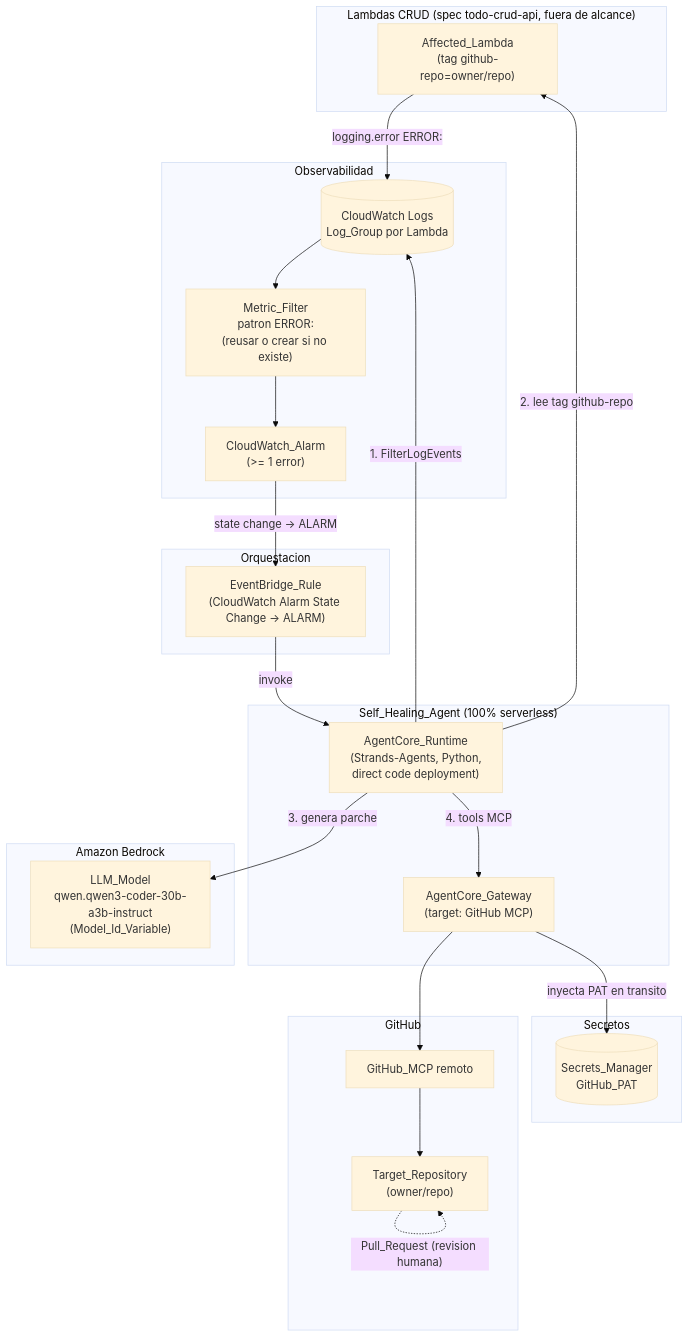
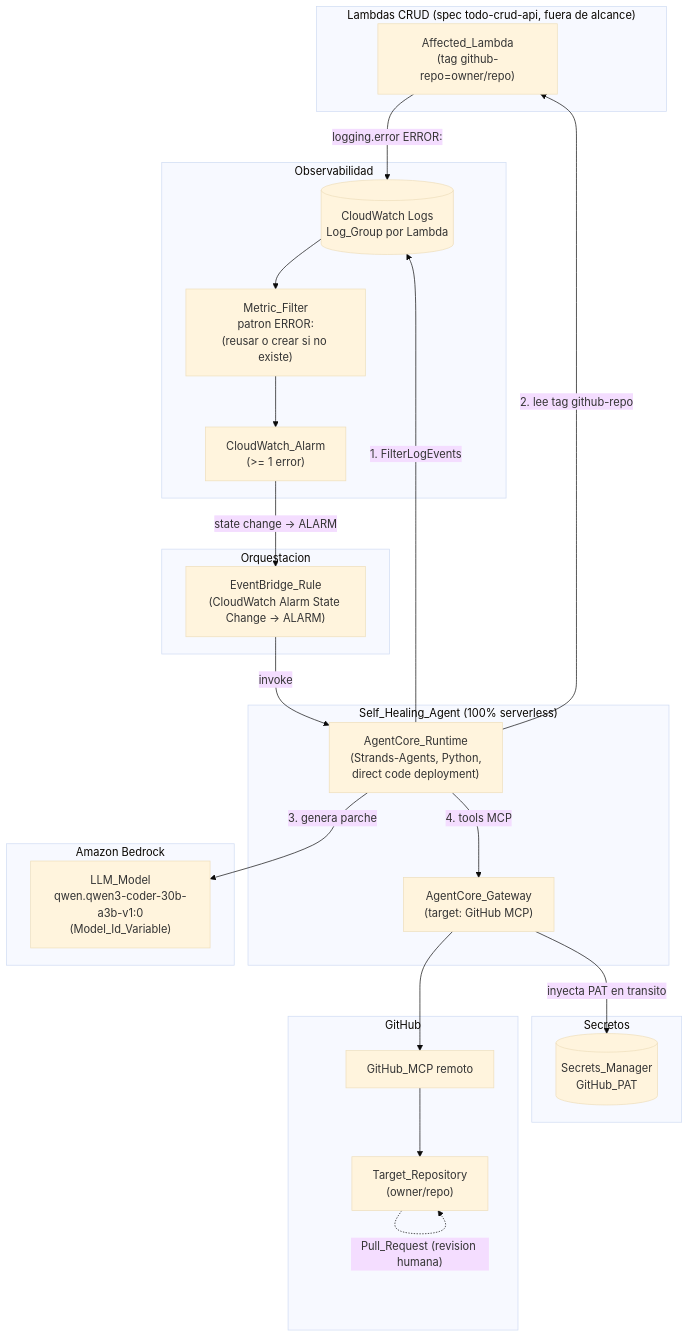
The first of 2 diagrams in .kiro/specs/self-healing-agent/design.md (David1187/hackaton-kiro-agente-cloudwatch), drawn with Mermaid (base theme) before and after one commit. The commit also changed other lines of this file and 5 other files, not shown here.

First line of the commit message:
docs(agent): fix Bedrock model id to the real Qwen3 Coder identifier

````diff
--- a/.kiro/specs/self-healing-agent/design.md
+++ b/.kiro/specs/self-healing-agent/design.md
@@ -46,47 +46,47 @@
 ```mermaid
 flowchart TB
     subgraph CRUD["Lambdas CRUD (spec todo-crud-api, fuera de alcance)"]
         L["Affected_Lambda\n(tag github-repo=owner/repo)"]
     end
 
     subgraph Obs["Observabilidad"]
         CWL[(CloudWatch Logs\nLog_Group por Lambda)]
         MF["Metric_Filter\npatron ERROR:\n(reusar o crear si no existe)"]
         AL["CloudWatch_Alarm\n(>= 1 error)"]
     end
 
     subgraph Evt["Orquestacion"]
         EB["EventBridge_Rule\n(CloudWatch Alarm State Change -> ALARM)"]
     end
 
     subgraph Agent["Self_Healing_Agent (100% serverless)"]
         AC["AgentCore_Runtime\n(Strands-Agents, Python,\ndirect code deployment)"]
         GW["AgentCore_Gateway\n(target: GitHub MCP)"]
     end
 
     subgraph Bedrock["Amazon Bedrock"]
-        LLM["LLM_Model\nqwen.qwen3-coder-30b-a3b-instruct\n(Model_Id_Variable)"]
+        LLM["LLM_Model\nqwen.qwen3-coder-30b-a3b-v1:0\n(Model_Id_Variable)"]
     end
 
     subgraph Sec["Secretos"]
         SM[("Secrets_Manager\nGitHub_PAT")]
     end
 
     subgraph GH["GitHub"]
         MCP["GitHub_MCP remoto"]
         REPO["Target_Repository\n(owner/repo)"]
     end
 
     L -->|"logging.error ERROR:"| CWL
     CWL --> MF --> AL
     AL -->|"state change -> ALARM"| EB
     EB -->|"invoke"| AC
 
     AC -->|"1. FilterLogEvents"| CWL
     AC -->|"2. lee tag github-repo"| L
     AC -->|"3. genera parche"| LLM
     AC -->|"4. tools MCP"| GW
     GW -->|"inyecta PAT en transito"| SM
     GW --> MCP --> REPO
     REPO -.->|"Pull_Request (revision humana)"| REPO
 ```
````
